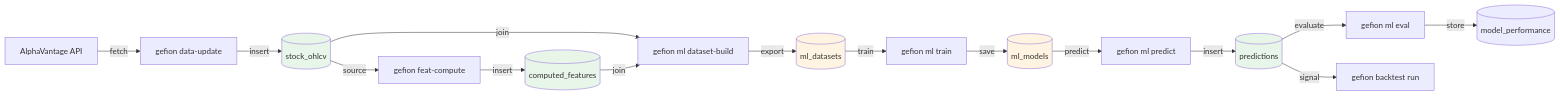
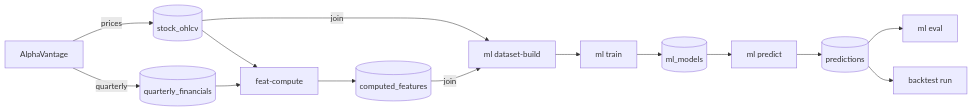
One commit to simonibsen/gefion changed the diagram in README.md. Above: the diagram before and after it, drawn with Mermaid. The commit also changed other lines of this file and 33 other files, not shown here.

````diff
--- a/README.md
+++ b/README.md
@@ -476,22 +199,15 @@
 ```mermaid
 graph LR
-    AV[AlphaVantage API] -->|fetch| DU[gefion data-update]
-    DU -->|insert| OHLCV[(stock_ohlcv)]
-    OHLCV -->|source| FC[gefion feat-compute]
-    FC -->|insert| CF[(computed_features)]
-    OHLCV & CF -->|join| DB[gefion ml dataset-build]
-    DB -->|export| DS[(ml_datasets)]
-    DS -->|train| TR[gefion ml train]
-    TR -->|save| MOD[(ml_models)]
-    MOD -->|predict| PR[gefion ml predict]
-    PR -->|insert| PRED[(predictions)]
-    PRED -->|evaluate| EV[gefion ml eval]
-    EV -->|store| PERF[(model_performance)]
-    PRED -->|signal| BT[gefion backtest run]
-
-    style OHLCV fill:#e8f5e9
-    style CF fill:#e8f5e9
-    style PRED fill:#e8f5e9
-    style DS fill:#fff4e1
-    style MOD fill:#fff4e1
+    AV[AlphaVantage] -->|prices| OHLCV[(stock_ohlcv)]
+    AV -->|quarterly| QF[(quarterly_financials)]
+    OHLCV --> FC[feat-compute]
+    QF --> FC
+    FC --> CF[(computed_features)]
+    OHLCV & CF -->|join| DS[ml dataset-build]
+    DS --> TR[ml train]
+    TR --> MOD[(ml_models)]
+    MOD --> PR[ml predict]
+    PR --> PRED[(predictions)]
+    PRED --> EV[ml eval]
+    PRED --> BT[backtest run]
 ```
````
